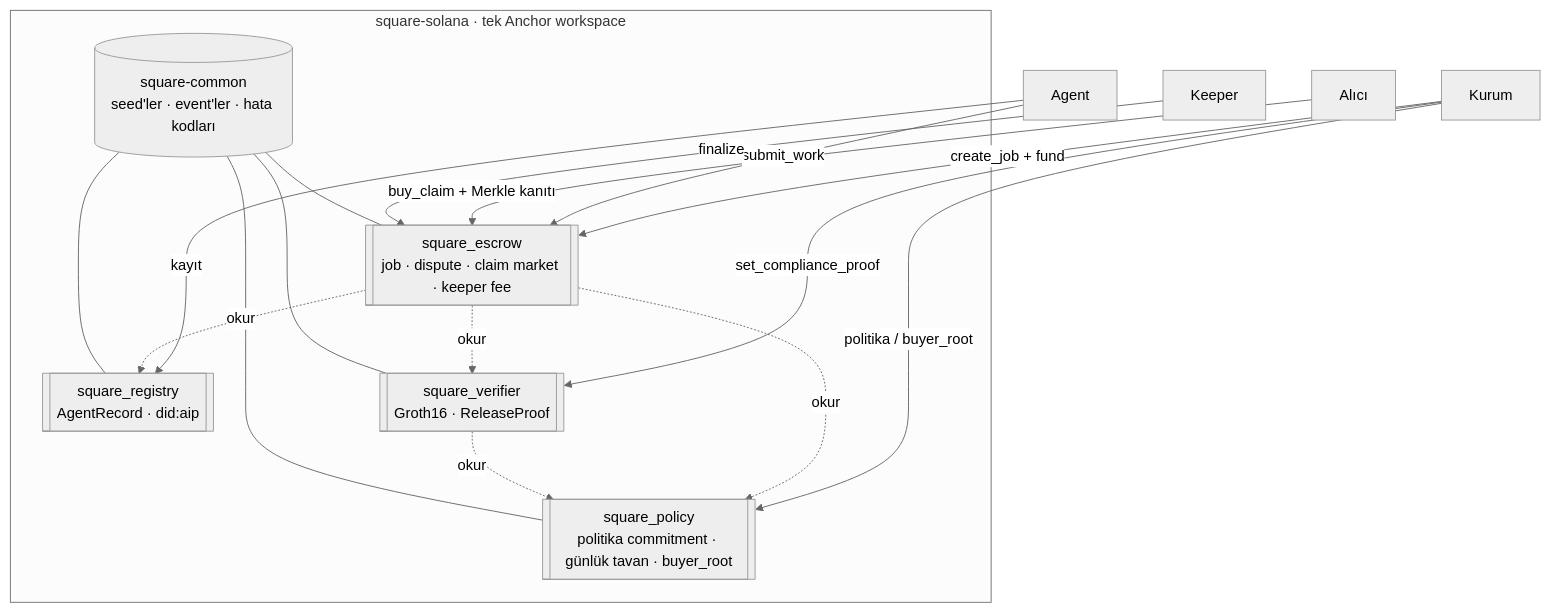
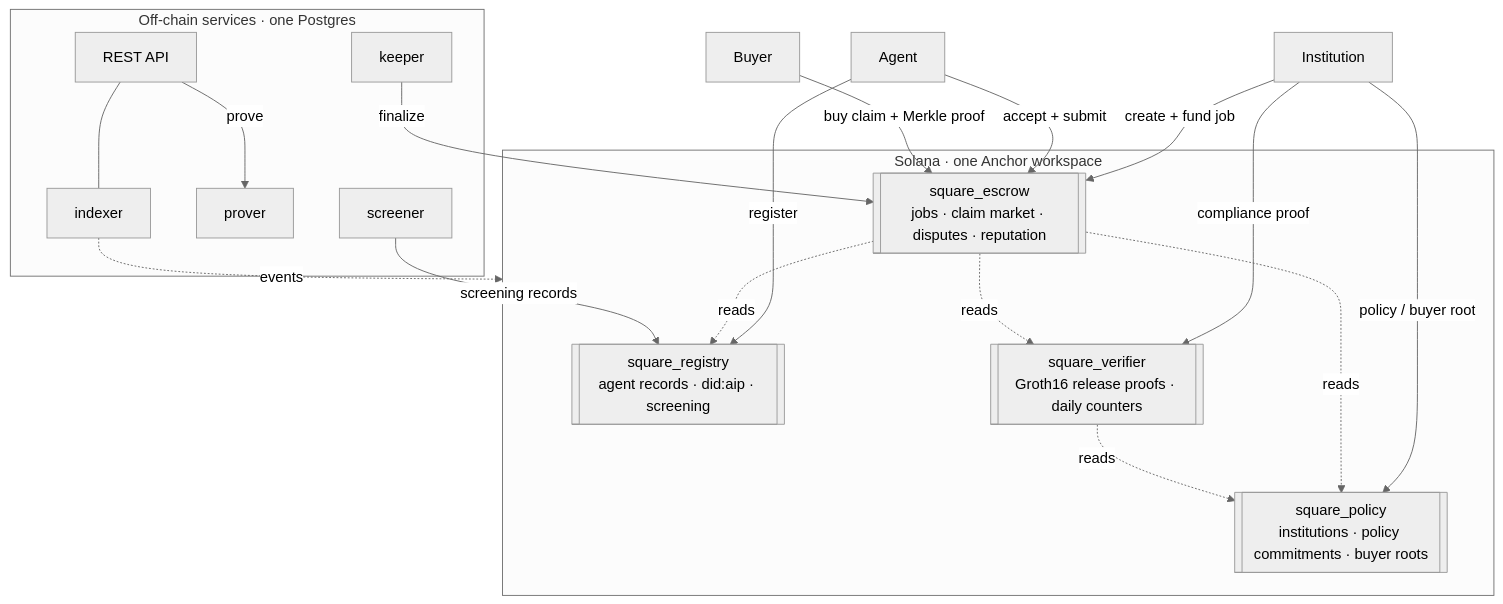
The second of 2 diagrams in README.md (wienerlabs/square-solana), drawn with Mermaid (neutral theme) before and after one commit. The commit also changed other lines of this file and 1 other file, not shown here.

````diff
--- a/README.md
+++ b/README.md
@@ -47,20 +96,29 @@
 ```mermaid
 flowchart TB
-  subgraph Square["square-solana · tek Anchor workspace"]
-    REG[[square_registry<br/>AgentRecord · did:aip]]
-    POL[[square_policy<br/>politika commitment · günlük tavan · buyer_root]]
-    VER[[square_verifier<br/>Groth16 · ReleaseProof]]
-    ESC[[square_escrow<br/>job · dispute · claim market · keeper fee]]
-    COM[(square-common<br/>seed'ler · event'ler · hata kodları)]
+  subgraph Chain["Solana · one Anchor workspace"]
+    REG[[square_registry<br/>agent records · did:aip · screening]]
+    POL[[square_policy<br/>institutions · policy commitments · buyer roots]]
+    VER[[square_verifier<br/>Groth16 release proofs · daily counters]]
+    ESC[[square_escrow<br/>jobs · claim market · disputes · reputation]]
   end
-  I[Kurum] -- politika / buyer_root --> POL
-  A[Agent] -- kayıt --> REG
-  I -- create_job + fund --> ESC
-  A -- submit_work --> ESC
-  B[Alıcı] -- buy_claim + Merkle kanıtı --> ESC
-  I -- set_compliance_proof --> VER
-  K[Keeper] -- finalize --> ESC
-  ESC -. okur .-> REG & POL & VER
-  VER -. okur .-> POL
-  COM --- REG & POL & VER & ESC
+  subgraph Services["Off-chain services · one Postgres"]
+    IDX[indexer]
+    API[REST API]
+    KEEP[keeper]
+    PROV[prover]
+    SCR[screener]
+  end
+  I[Institution] -- policy / buyer root --> POL
+  A[Agent] -- register --> REG
+  I -- create + fund job --> ESC
+  A -- accept + submit --> ESC
+  B[Buyer] -- buy claim + Merkle proof --> ESC
+  I -- compliance proof --> VER
+  KEEP -- finalize --> ESC
+  ESC -. reads .-> REG & POL & VER
+  VER -. reads .-> POL
+  SCR -- screening records --> REG
+  IDX -. events .-> Chain
+  API --- IDX
+  API -- prove --> PROV
 ```
````
